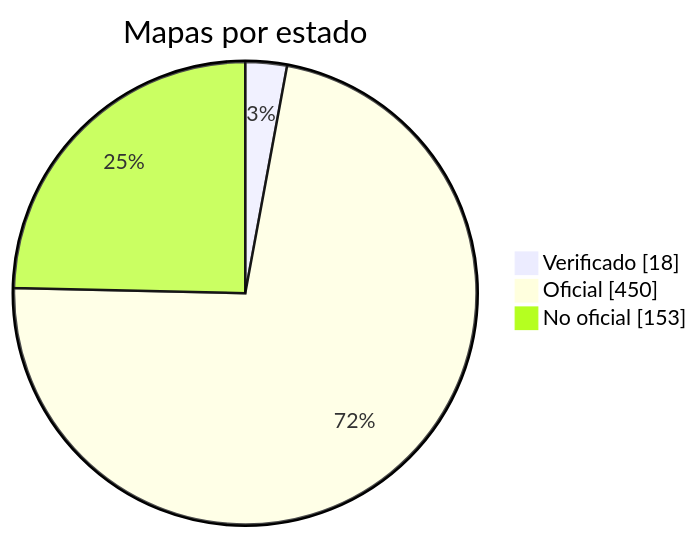
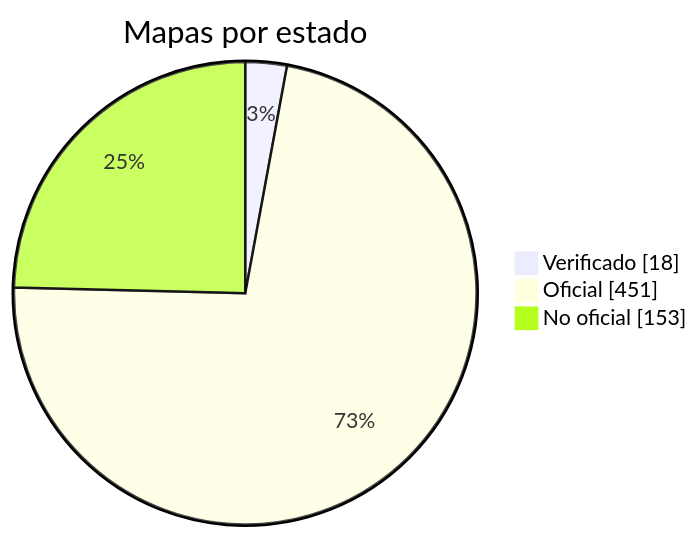
Before and after one commit to nobrega8/mbmap-library: the diagram in docs/readme/README_ES.md, drawn with Mermaid. The commit also changed 6 other files, not shown here.

````diff
--- a/docs/readme/README_ES.md
+++ b/docs/readme/README_ES.md
@@ -54,7 +54,7 @@
 ```mermaid
 pie showData
     title Mapas por estado
     "Verificado" : 18
-    "Oficial" : 450
+    "Oficial" : 451
     "No oficial" : 153
 ```
````
